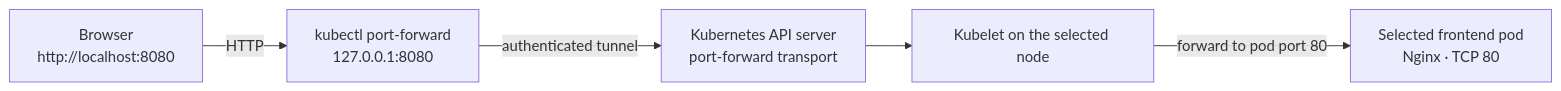
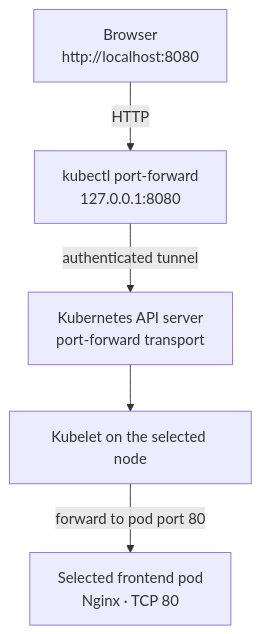
Before and after one commit to jacivaldocarvalho/projeto-app-deploy-kubernetes: the fourth of 4 diagrams in docs/architecture.md, drawn with Mermaid. The commit also changed other lines of this file and 3 other files, not shown here.

Commit message:
docs: add interface previews and simplify architecture diagrams

````diff
--- a/docs/architecture.md
+++ b/docs/architecture.md
@@ -124,12 +127,12 @@
 ```mermaid
-flowchart LR
+flowchart TB
     Browser["Browser<br/>http://localhost:8080"]
     Tunnel["kubectl port-forward<br/>127.0.0.1:8080"]
     API["Kubernetes API server<br/>port-forward transport"]
     Kubelet["Kubelet on the selected node"]
     Pod["Selected frontend pod<br/>Nginx · TCP 80"]
     Browser -->|"HTTP"| Tunnel
     Tunnel -->|"authenticated tunnel"| API
     API --> Kubelet
     Kubelet -->|"forward to pod port 80"| Pod
 ```
````
